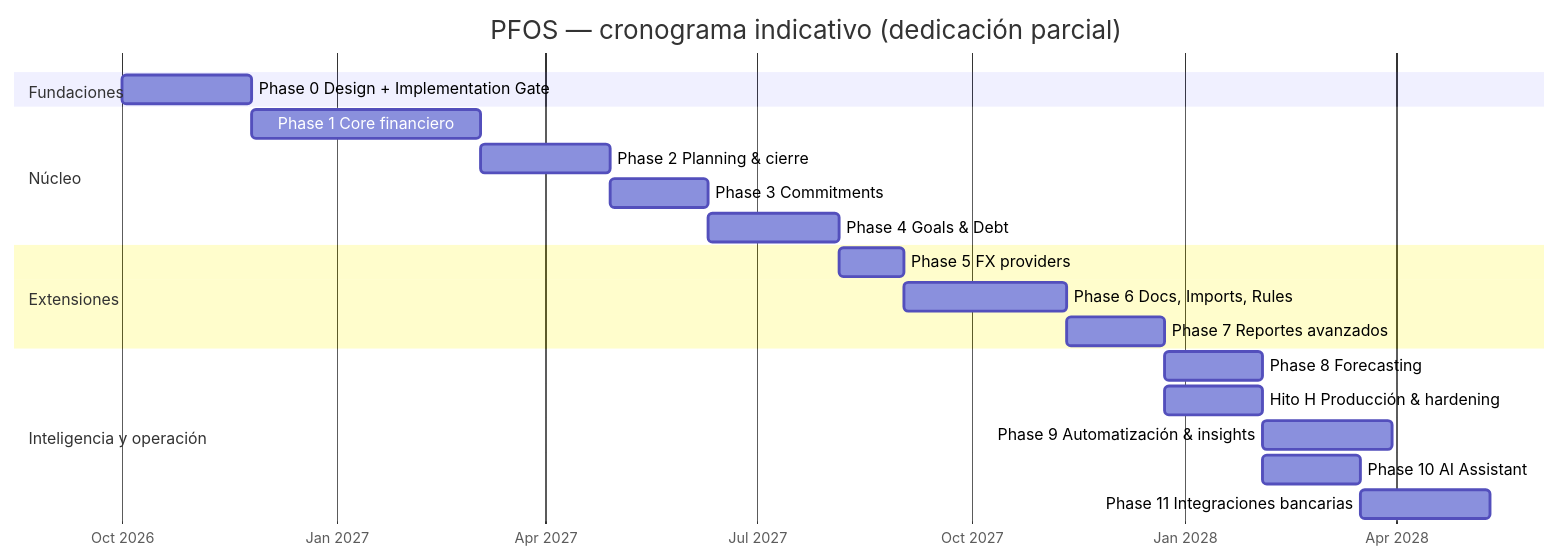
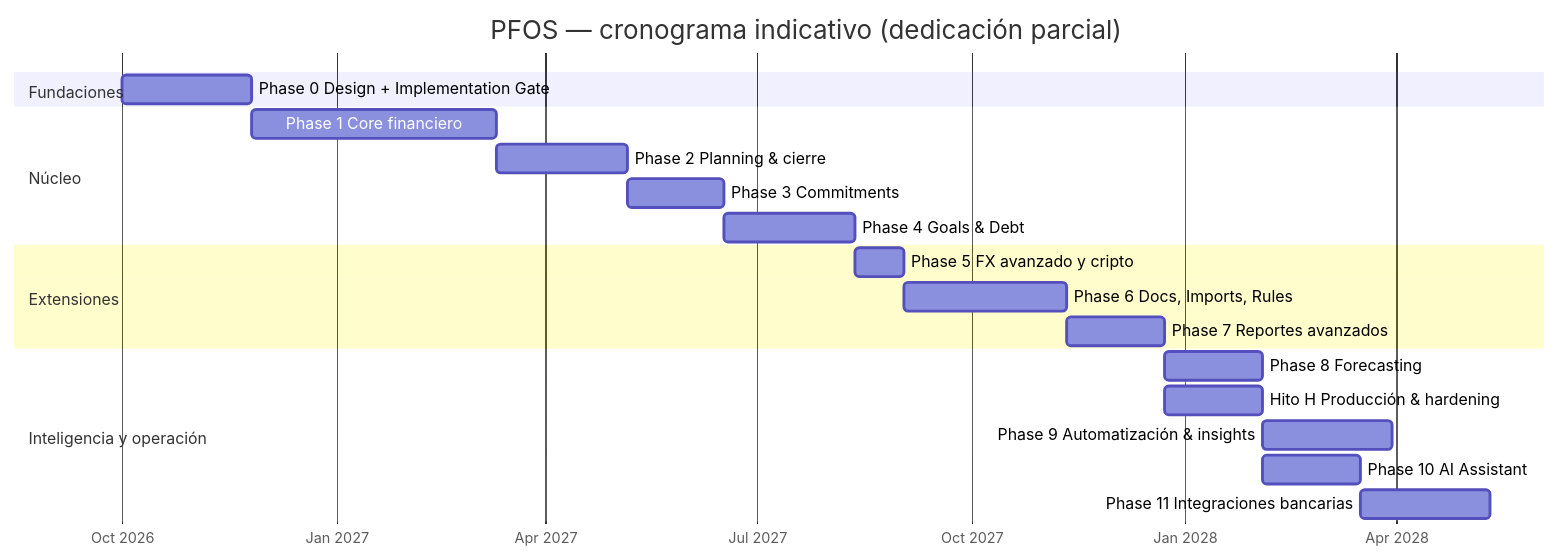
One commit to manuXD270516/personal-finances changed the third of 3 diagrams in docs/24-roadmap.md. Above: the diagram before and after it, drawn with Mermaid. The commit also changed other lines of this file and 393 other files, not shown here.

````diff
--- a/docs/24-roadmap.md
+++ b/docs/24-roadmap.md
@@ -272,23 +272,23 @@
 ```mermaid
 gantt
   title PFOS — cronograma indicativo (dedicación parcial)
   dateFormat YYYY-MM-DD
   axisFormat %b %Y
   section Fundaciones
   Phase 0 Design + Implementation Gate :p0, 2026-10-01, 8w
   section Núcleo
-  Phase 1 Core financiero              :p1, after p0, 14w
+  Phase 1 Core financiero              :p1, after p0, 15w
   Phase 2 Planning & cierre            :p2, after p1, 8w
   Phase 3 Commitments                  :p3, after p2, 6w
   Phase 4 Goals & Debt                 :p4, after p3, 8w
   section Extensiones
-  Phase 5 FX providers                 :p5, after p4, 4w
+  Phase 5 FX avanzado y cripto         :p5, after p4, 3w
   Phase 6 Docs, Imports, Rules         :p6, after p5, 10w
   Phase 7 Reportes avanzados           :p7, after p6, 6w
   section Inteligencia y operación
   Phase 8 Forecasting                  :p8, after p7, 6w
   Hito H Producción & hardening        :h, after p7, 6w
   Phase 9 Automatización & insights    :p9, after p8, 8w
   Phase 10 AI Assistant                :p10, after h, 6w
   Phase 11 Integraciones bancarias     :p11, after p10, 8w
 ```
````
